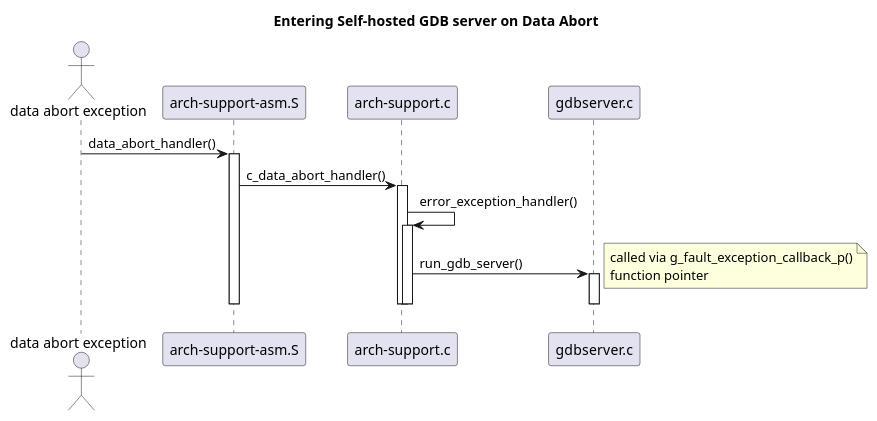
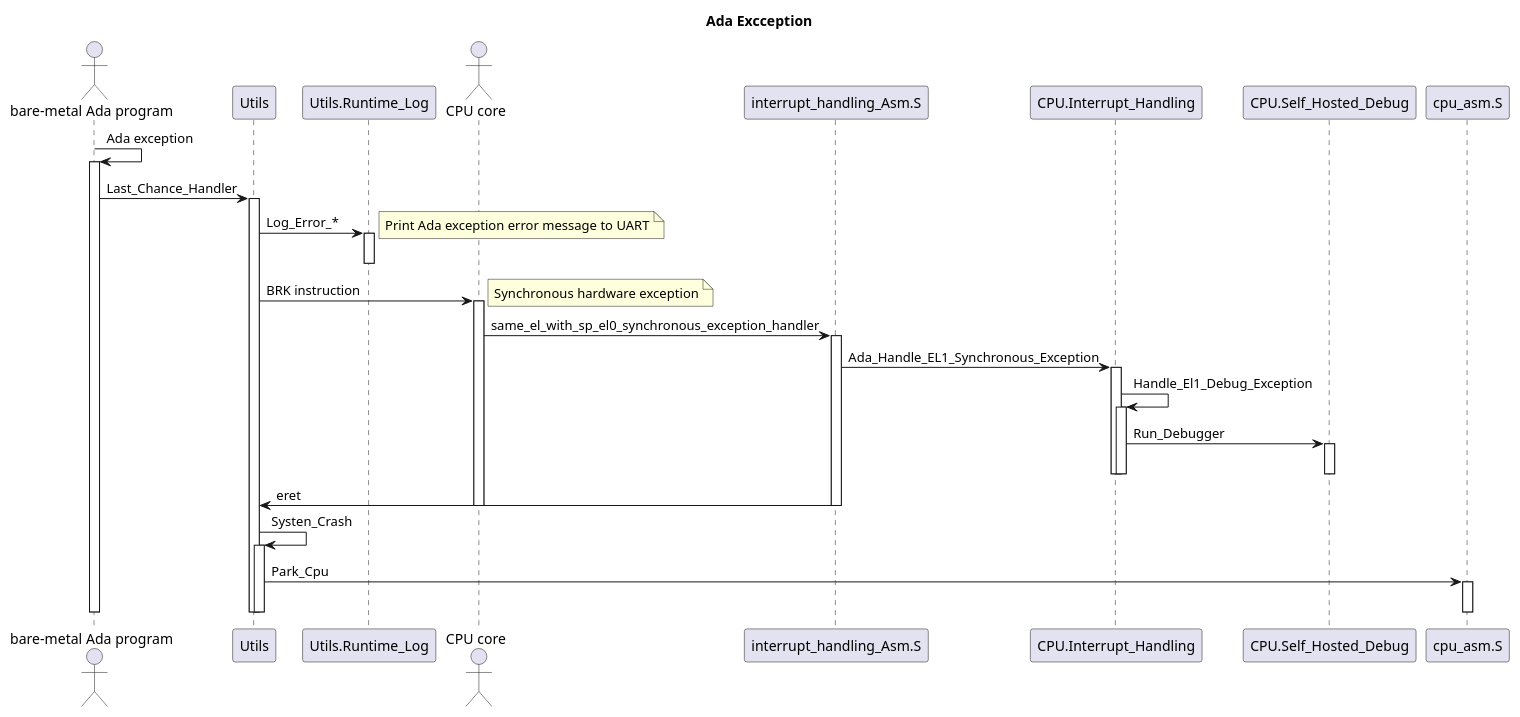
One commit to jgrivera67/aarch64_bare_metal_ada changed the seventh of 11 diagrams in docs/uml_diagrams.puml. Above: the diagram before and after it, drawn with PlantUML. The commit also changed other lines of this file and 36 other files, not shown here.

```diff
--- a/docs/uml_diagrams.puml
+++ b/docs/uml_diagrams.puml
@@ -309,20 +356,42 @@
-@startuml entering-gdbserver-on-data-abort
-title Entering Self-hosted GDB server on Data Abort
-actor "data abort exception"
-"data abort exception" -> "arch-support-asm.S" : data_abort_handler()
-activate "arch-support-asm.S"
-  "arch-support-asm.S" ->  "arch-support.c" : c_data_abort_handler()
-  activate "arch-support.c"
-    "arch-support.c" ->  "arch-support.c" : error_exception_handler()
-    activate "arch-support.c"
-      "arch-support.c" ->  "gdbserver.c" : run_gdb_server()
+@startuml ada-exception
+title Ada Excception
+actor "bare-metal Ada program"
+"bare-metal Ada program" -> "bare-metal Ada program": Ada exception
+activate "bare-metal Ada program"
+   "bare-metal Ada program" -> "Utils" : Last_Chance_Handler
+   activate "Utils"
+      "Utils" -> "Utils.Runtime_Log" : Log_Error_*
       note right
-        called via g_fault_exception_callback_p()
-        function pointer
+         Print Ada exception error message to UART
       end note
-      activate "gdbserver.c"
-      deactivate "gdbserver.c"
-    deactivate "arch-support.c"
-  deactivate "arch-support.c"
-deactivate "arch-support-asm.S"
+      activate "Utils.Runtime_Log"
+      deactivate "Utils.Runtime_Log"
+      actor "CPU core"
+      "Utils" -> "CPU core" : BRK instruction
+      note right
+      Synchronous hardware exception
+      end note
+      activate "CPU core"
+         "CPU core" -> "interrupt_handling_Asm.S" : same_el_with_sp_el0_synchronous_exception_handler
+         activate "interrupt_handling_Asm.S"
+            "interrupt_handling_Asm.S" -> "CPU.Interrupt_Handling" : Ada_Handle_EL1_Synchronous_Exception
+            activate  "CPU.Interrupt_Handling"
+               "CPU.Interrupt_Handling" -> "CPU.Interrupt_Handling" : Handle_El1_Debug_Exception
+               activate  "CPU.Interrupt_Handling"
+                  "CPU.Interrupt_Handling" -> "CPU.Self_Hosted_Debug" : Run_Debugger
+                  activate  "CPU.Self_Hosted_Debug"
+                  deactivate  "CPU.Self_Hosted_Debug"
+               deactivate  "CPU.Interrupt_Handling"
+            deactivate  "CPU.Interrupt_Handling"
+            "interrupt_handling_Asm.S" -> "Utils" : eret
+         deactivate "interrupt_handling_Asm.S"
+      deactivate "CPU core"
+      "Utils" -> "Utils" : Systen_Crash
+      activate "Utils"
+         "Utils" -> "cpu_asm.S" : Park_Cpu
+         activate "cpu_asm.S"
+         deactivate "cpu_asm.S"
+      deactivate "Utils"
+   deactivate "Utils"
+deactivate "bare-metal Ada program"
 @enduml
```
